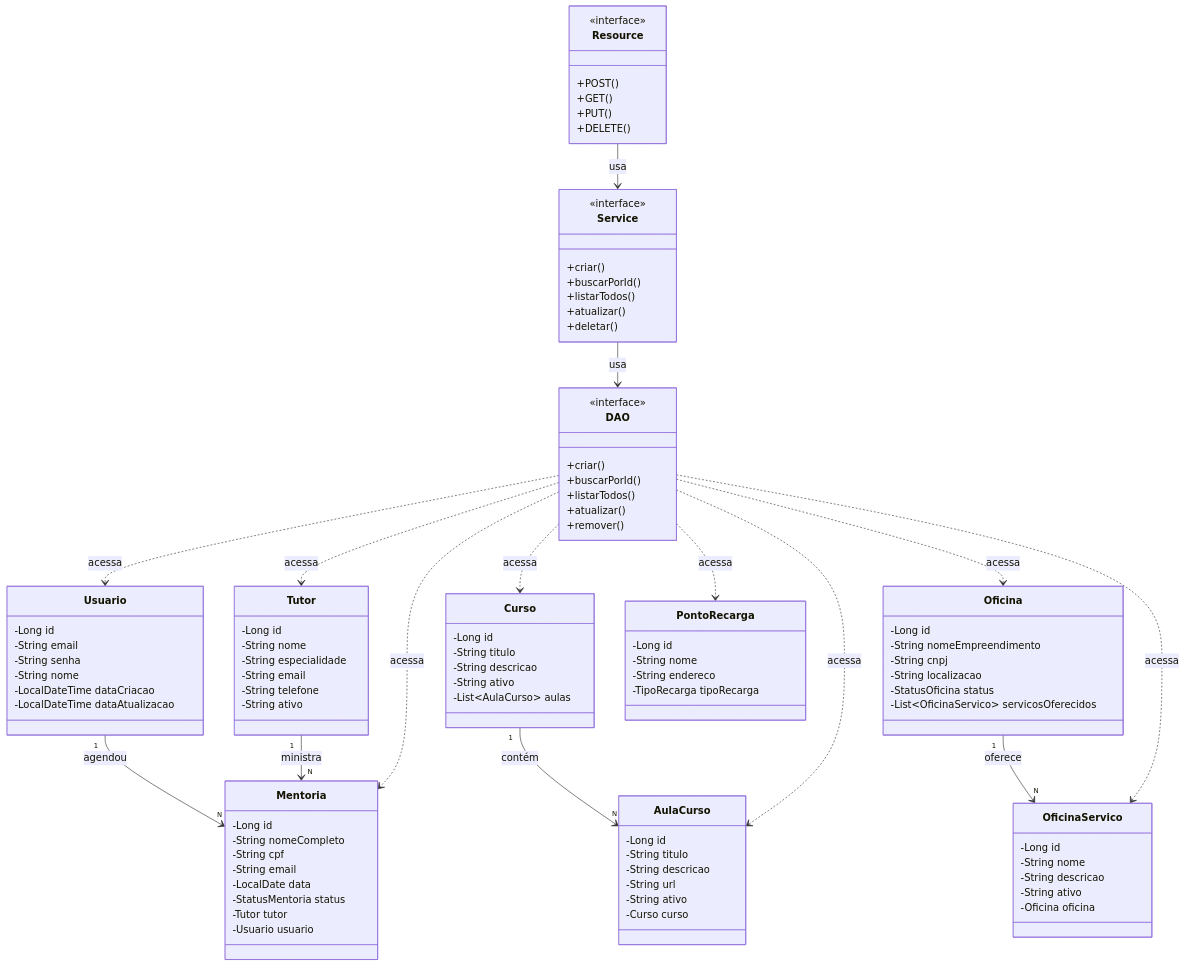
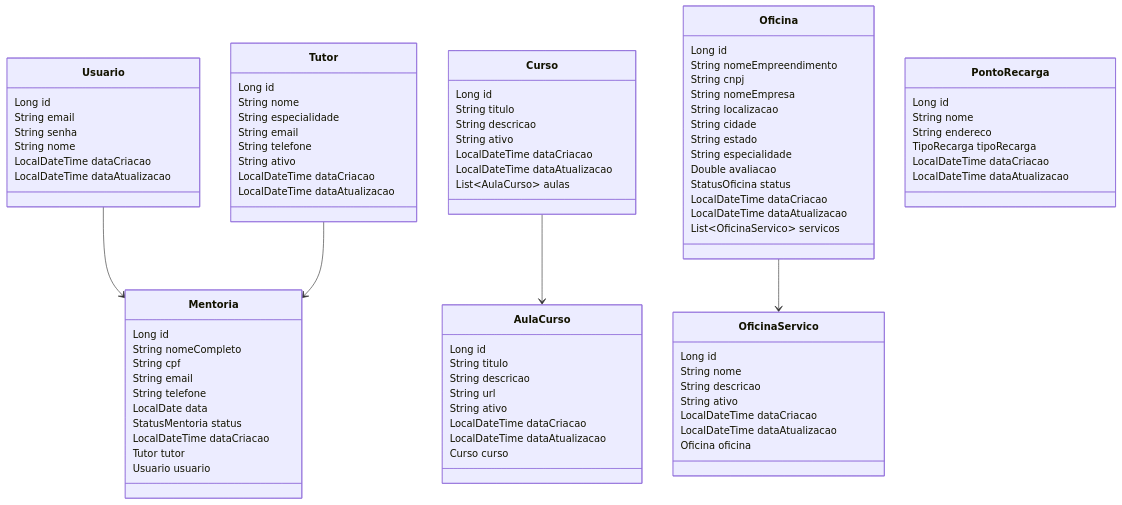
One commit to samaravilela/fiap-gs-java-2semestre changed the diagram in README.md. Above: the diagram before and after it, drawn with Mermaid. The commit also changed other lines of this file and 2 other files, not shown here.

Commit message:
ajuste api

````diff
--- a/README.md
+++ b/README.md
@@ -166,121 +161,96 @@
 ```mermaid
 classDiagram
-    direction TB
-    
-    %% Entidades (Model)
     class Usuario {
-        -Long id
-        -String email
-        -String senha
-        -String nome
-        -LocalDateTime dataCriacao
-        -LocalDateTime dataAtualizacao
+        Long id
+        String email
+        String senha
+        String nome
+        LocalDateTime dataCriacao
+        LocalDateTime dataAtualizacao
     }
     
     class Tutor {
-        -Long id
-        -String nome
-        -String especialidade
-        -String email
-        -String telefone
-        -String ativo
+        Long id
+        String nome
+        String especialidade
+        String email
+        String telefone
+        String ativo
+        LocalDateTime dataCriacao
+        LocalDateTime dataAtualizacao
     }
     
     class Curso {
-        -Long id
-        -String titulo
-        -String descricao
-        -String ativo
-        -List~AulaCurso~ aulas
+        Long id
+        String titulo
+        String descricao
+        String ativo
+        LocalDateTime dataCriacao
+        LocalDateTime dataAtualizacao
+        List~AulaCurso~ aulas
     }
     
     class AulaCurso {
-        -Long id
-        -String titulo
-        -String descricao
-        -String url
-        -String ativo
-        -Curso curso
+        Long id
+        String titulo
+        String descricao
+        String url
+        String ativo
+        LocalDateTime dataCriacao
+        LocalDateTime dataAtualizacao
+        Curso curso
     }
     
     class Oficina {
-        -Long id
-        -String nomeEmpreendimento
-        -String cnpj
-        -String localizacao
-        -StatusOficina status
-        -List~OficinaServico~ servicosOferecidos
+        Long id
+        String nomeEmpreendimento
+        String cnpj
+        String nomeEmpresa
+        String localizacao
+        String cidade
+        String estado
+        String especialidade
+        Double avaliacao
+        StatusOficina status
+        LocalDateTime dataCriacao
+        LocalDateTime dataAtualizacao
+        List~OficinaServico~ servicos
     }
     
     class OficinaServico {
-        -Long id
-        -String nome
-        -String descricao
-        -String ativo
-        -Oficina oficina
+        Long id
+        String nome
+        String descricao
+        String ativo
+        LocalDateTime dataCriacao
+        LocalDateTime dataAtualizacao
+        Oficina oficina
     }
     
     class Mentoria {
-        -Long id
-        -String nomeCompleto
-        -String cpf
-        -String email
-        -LocalDate data
-        -StatusMentoria status
-        -Tutor tutor
-        -Usuario usuario
+        Long id
+        String nomeCompleto
+        String cpf
+        String email
+        String telefone
+        LocalDate data
+        StatusMentoria status
+        LocalDateTime dataCriacao
+        Tutor tutor
+        Usuario usuario
     }
     
     class PontoRecarga {
-        -Long id
-        -String nome
-        -String endereco
-        -TipoRecarga tipoRecarga
+        Long id
+        String nome
+        String endereco
+        TipoRecarga tipoRecarga
+        LocalDateTime dataCriacao
+        LocalDateTime dataAtualizacao
     }
     
-    %% Camadas
-    class DAO {
-        <<interface>>
-        +criar()
-        +buscarPorId()
-        +listarTodos()
-        +atualizar()
-        +remover()
-    }
-    
-    class Service {
-        <<interface>>
-        +criar()
-        +buscarPorId()
-        +listarTodos()
-        +atualizar()
-        +deletar()
-    }
-    
-    class Resource {
-        <<interface>>
-        +POST()
-        +GET()
-        +PUT()
-        +DELETE()
-    }
-    
-    %% Relacionamentos entre Entidades
-    Usuario "1" --> "N" Mentoria : agendou
-    Tutor "1" --> "N" Mentoria : ministra
-    Curso "1" --> "N" AulaCurso : contém
-    Oficina "1" --> "N" OficinaServico : oferece
-    
-    %% Relacionamentos de Camadas
-    DAO ..> Usuario : acessa
-    DAO ..> Tutor : acessa
-    DAO ..> Curso : acessa
-    DAO ..> AulaCurso : acessa
-    DAO ..> Oficina : acessa
-    DAO ..> OficinaServico : acessa
-    DAO ..> Mentoria : acessa
-    DAO ..> PontoRecarga : acessa
-    
-    Service --> DAO : usa
-    Resource --> Service : usa
+    Usuario --> Mentoria
+    Tutor --> Mentoria
+    Curso --> AulaCurso
+    Oficina --> OficinaServico
 ```
````
